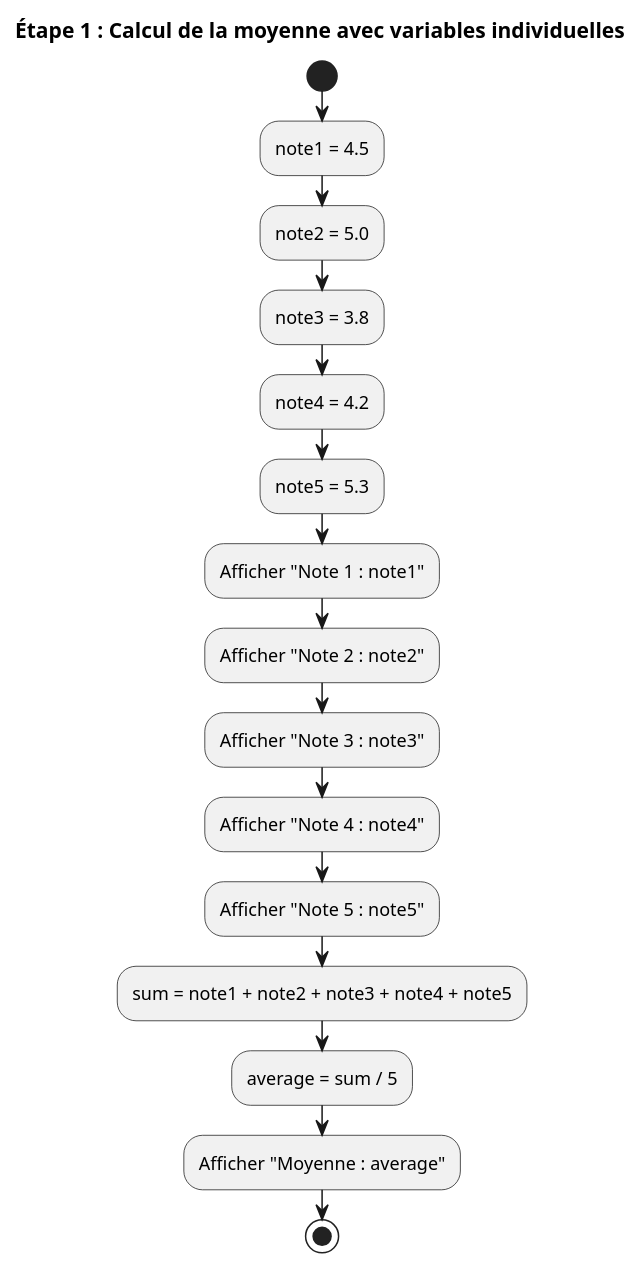
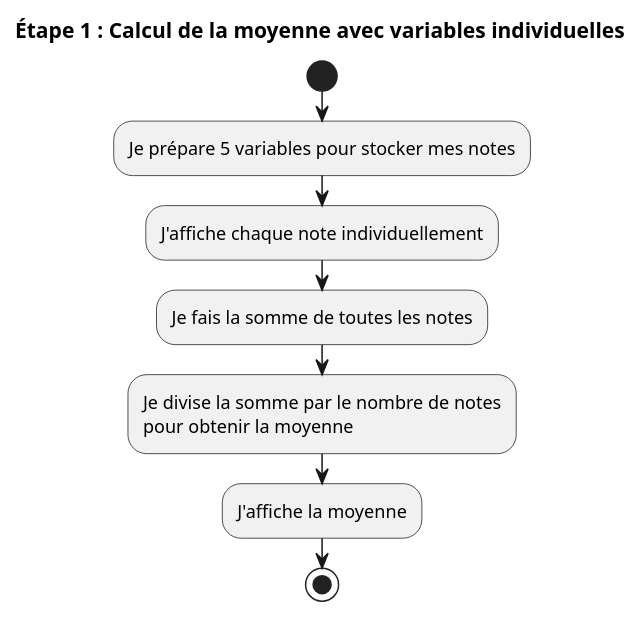
The diagram in 09.01-methodologies-de-resolution-de-problemes/01-supports-de-cours/images/etape-01-activite-moyenne.plantuml (HEIG-VD-Prog-Course/HEIG-VD-ProgIM-Course), drawn with PlantUML before and after one commit. The commit also changed 3 other files, not shown here.

Commit message:
Refactor UML diagrams and accompanying PlantUML code for average and refactoring activities to enhance clarity and readability.

```diff
--- a/09.01-methodologies-de-resolution-de-problemes/01-supports-de-cours/images/etape-01-activite-moyenne.plantuml
+++ b/09.01-methodologies-de-resolution-de-problemes/01-supports-de-cours/images/etape-01-activite-moyenne.plantuml
@@ -1,26 +1,20 @@
 @startuml etape-01-activite-moyenne
 
 title Étape 1 : Calcul de la moyenne avec variables individuelles
 
 start
 
-:note1 = 4.5;
-:note2 = 5.0;
-:note3 = 3.8;
-:note4 = 4.2;
-:note5 = 5.3;
+:Je prépare 5 variables pour stocker mes notes;
 
-:Afficher "Note 1 : note1";
-:Afficher "Note 2 : note2";
-:Afficher "Note 3 : note3";
-:Afficher "Note 4 : note4";
-:Afficher "Note 5 : note5";
+:J'affiche chaque note individuellement;
 
-:sum = note1 + note2 + note3 + note4 + note5;
-:average = sum / 5;
+:Je fais la somme de toutes les notes;
 
-:Afficher "Moyenne : average";
+:Je divise la somme par le nombre de notes
+pour obtenir la moyenne;
+
+:J'affiche la moyenne;
 
 stop
 
 @enduml
```
